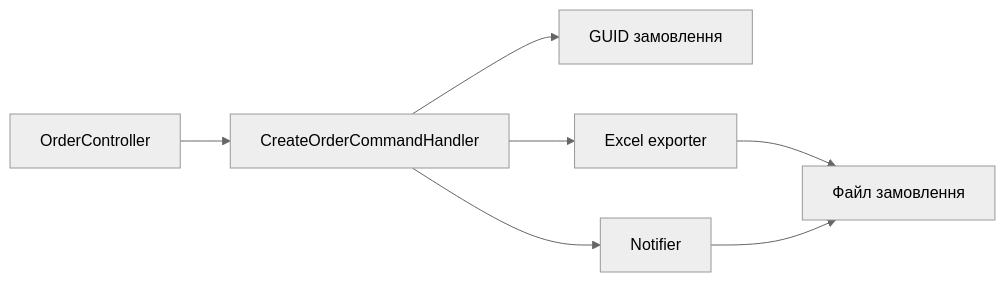
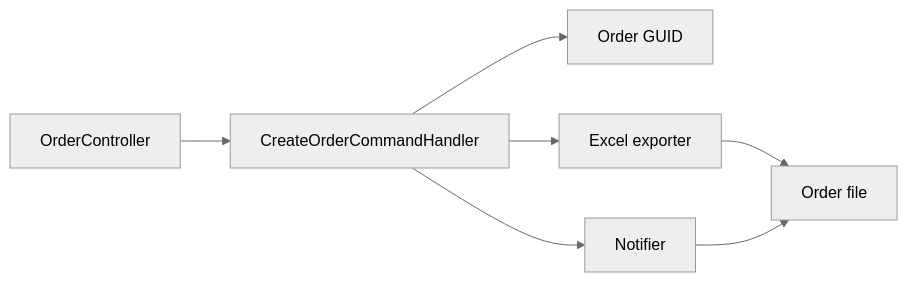
One commit to Weretik/KedrStore changed the diagram in docs/sdd/features/catalog/quick-order.md. Above: the diagram before and after it, drawn with Mermaid (neutral theme). The commit also changed other lines of this file and 83 other files, not shown here.

Commit message:
docs(kedr): reconcile architecture and delivery guidance

````diff
--- a/docs/sdd/features/catalog/quick-order.md
+++ b/docs/sdd/features/catalog/quick-order.md
@@ -25,9 +25,9 @@
 ```mermaid
 flowchart LR
     A["OrderController"] --> B["CreateOrderCommandHandler"]
-    B --> C["GUID замовлення"]
+    B --> C["Order GUID"]
     B --> D["Excel exporter"]
-    D --> E["Файл замовлення"]
+    D --> E["Order file"]
     B --> F["Notifier"]
     F --> E
 ```
````
